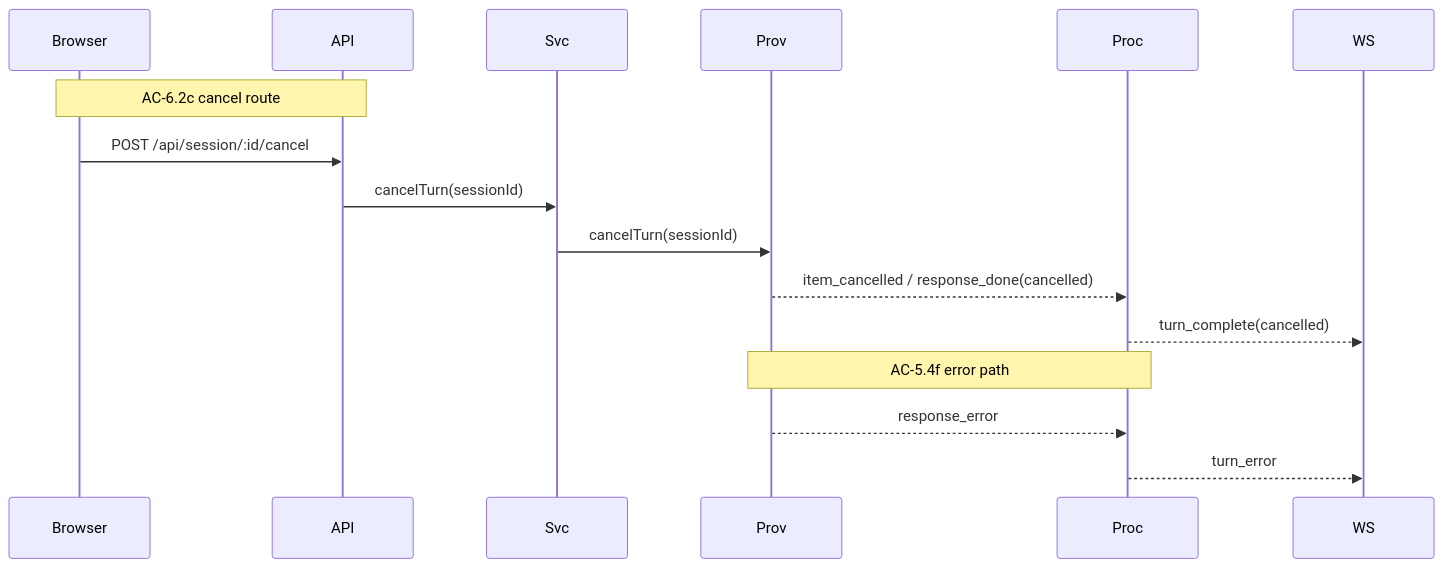
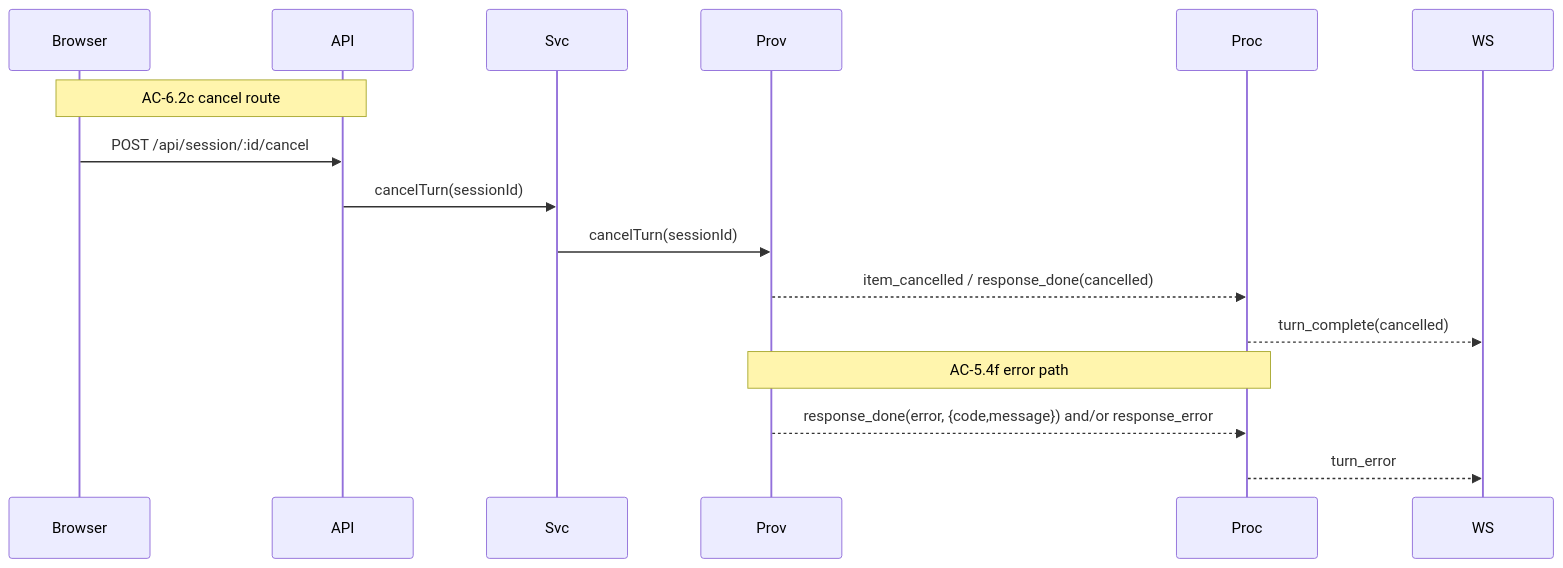
Before and after one commit to liminal-ai/liminal-builder: the fifth of 7 diagrams in docs/epics/02-provider-streaming-pipeline/tech-design.md, drawn with Mermaid. The commit also changed other lines of this file and 27 other files, not shown here.

````diff
--- a/docs/epics/02-provider-streaming-pipeline/tech-design.md
+++ b/docs/epics/02-provider-streaming-pipeline/tech-design.md
@@ -296,20 +296,20 @@
 ```mermaid
 sequenceDiagram
     participant Browser
     participant API
     participant Svc
     participant Prov
     participant Proc
     participant WS
 
     Note over Browser,API: AC-6.2c cancel route
     Browser->>API: POST /api/session/:id/cancel
     API->>Svc: cancelTurn(sessionId)
     Svc->>Prov: cancelTurn(sessionId)
     Prov-->>Proc: item_cancelled / response_done(cancelled)
     Proc-->>WS: turn_complete(cancelled)
 
     Note over Prov,Proc: AC-5.4f error path
-    Prov-->>Proc: response_error
+    Prov-->>Proc: response_done(error, {code,message}) and/or response_error
     Proc-->>WS: turn_error
 ```
````
